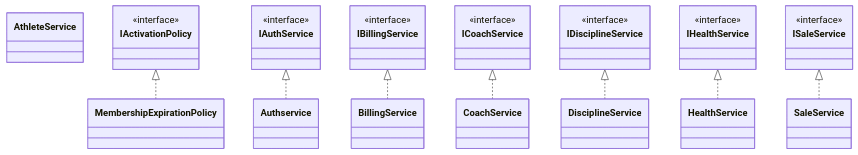
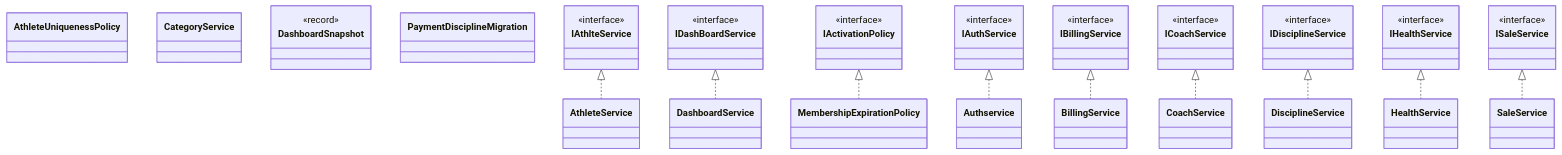
Before and after one commit to miltonmaldonado333/AuraTech: the third of 4 diagrams in docs/hierarchy-diagram.md, drawn with Mermaid. The commit also changed other lines of this file and 2 other files, not shown here.

Commit message:
docs: actualizando diagramas

````diff
--- a/docs/hierarchy-diagram.md
+++ b/docs/hierarchy-diagram.md
@@ -131,42 +152,57 @@
 ```mermaid
 classDiagram
     direction TB
+    class AthleteUniquenessPolicy
+    class CategoryService
+    class DashboardSnapshot {
+        <<record>>
+    }
+    class DashboardService
+    class PaymentDisciplineMigration
+    class IAthlteService {
+        <<interface>>
+    }
+    class IDashBoardService {
+        <<interface>>
+    }
     class AthleteService
     class Authservice
     class BillingService
     class CoachService
     class DisciplineService
     class HealthService
     class IActivationPolicy {
         <<interface>>
     }
     class IAuthService {
         <<interface>>
     }
     class IBillingService {
         <<interface>>
     }
     class ICoachService {
         <<interface>>
     }
     class IDisciplineService {
         <<interface>>
     }
     class IHealthService {
         <<interface>>
     }
     class ISaleService {
         <<interface>>
     }
     class MembershipExpirationPolicy
     class SaleService
 
     IAuthService <|.. Authservice
     IBillingService <|.. BillingService
     ICoachService <|.. CoachService
     IDisciplineService <|.. DisciplineService
     IHealthService <|.. HealthService
     IActivationPolicy <|.. MembershipExpirationPolicy
     ISaleService <|.. SaleService
 
+    IAthlteService <|.. AthleteService
+    IDashBoardService <|.. DashboardService
 ```
````
